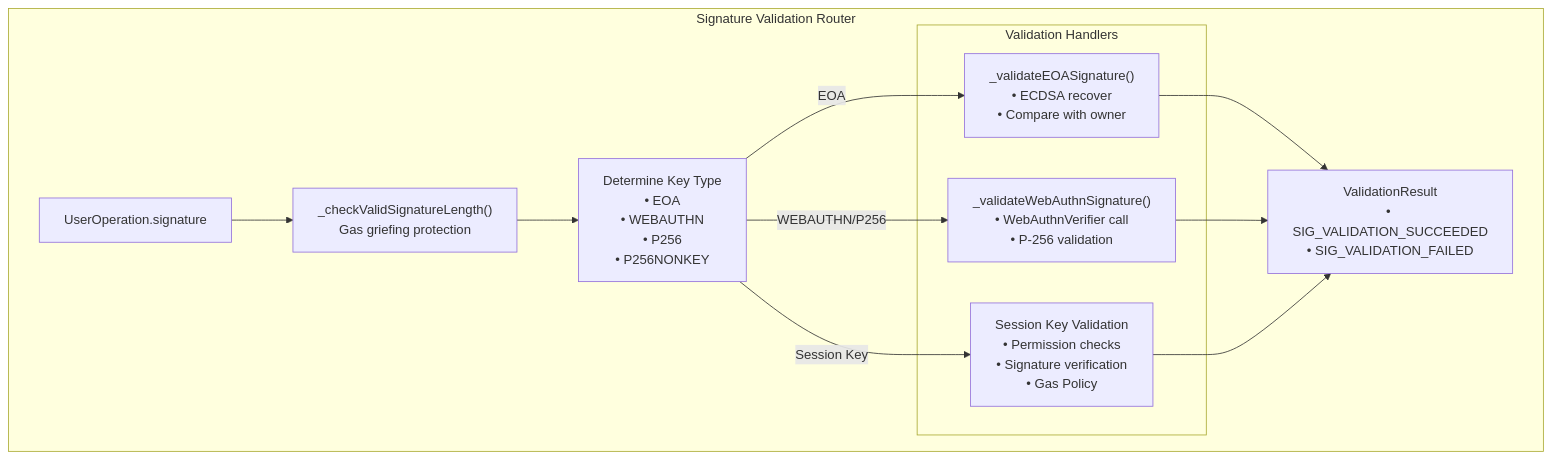
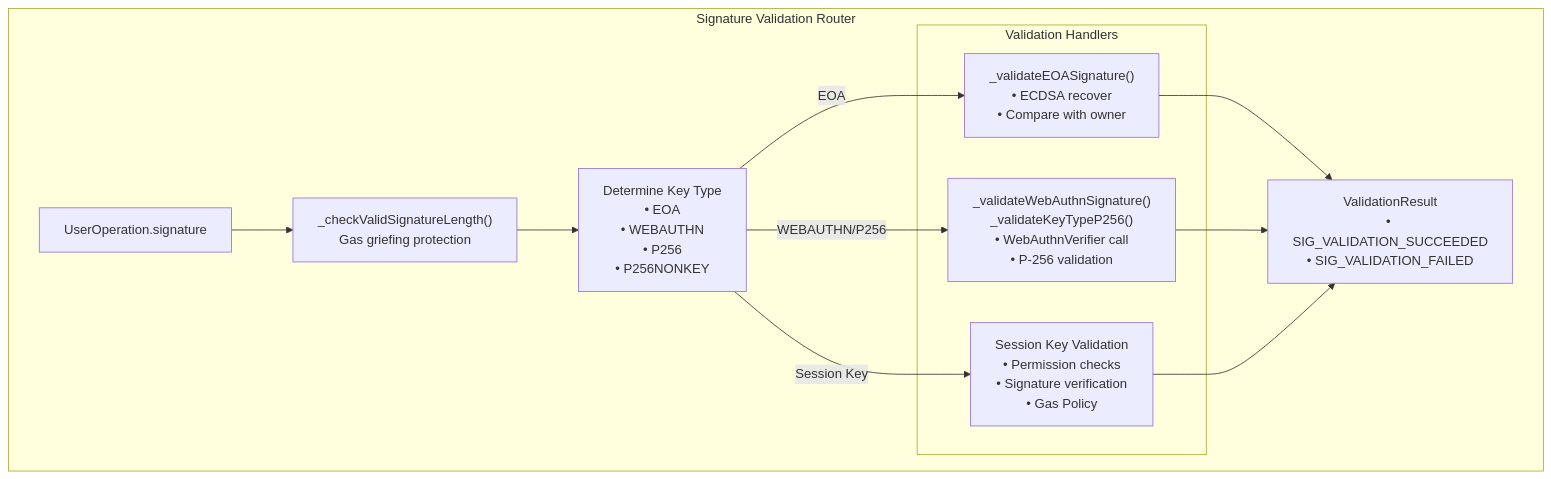
One commit to openfort-xyz/openfort-7702-account changed the third of 4 diagrams in docs/AA.md. Above: the diagram before and after it, drawn with Mermaid. The commit also changed other lines of this file, not shown here.

````diff
--- a/docs/AA.md
+++ b/docs/AA.md
@@ -90,26 +89,26 @@
 ```mermaid
 flowchart TD
     subgraph "Signature Validation Router"
         UserOpSig["UserOperation.signature"]
         SigLength["_checkValidSignatureLength()<br/>Gas griefing protection"]
         KeyType["Determine Key Type<br/>• EOA<br/>• WEBAUTHN<br/>• P256<br/>• P256NONKEY"]
         
         subgraph "Validation Handlers"
             EOAPath["_validateEOASignature()<br/>• ECDSA recover<br/>• Compare with owner"]
-            WebAuthnPath["_validateWebAuthnSignature()<br/>• WebAuthnVerifier call<br/>• P-256 validation"]
+            WebAuthnPath["_validateWebAuthnSignature()<br/>_validateKeyTypeP256()<br/>• WebAuthnVerifier call<br/>• P-256 validation"]
             SessionPath["Session Key Validation<br/>• Permission checks<br/>• Signature verification<br/>• Gas Policy"]
         end
         
         Result["ValidationResult<br/>• SIG_VALIDATION_SUCCEEDED<br/>• SIG_VALIDATION_FAILED"]
     end
 
     %% Flow connections
     UserOpSig --> SigLength
     SigLength --> KeyType
     KeyType -->|EOA| EOAPath
     KeyType -->|WEBAUTHN/P256| WebAuthnPath
     KeyType -->|Session Key| SessionPath
     EOAPath --> Result
     WebAuthnPath --> Result
     SessionPath --> Result
 ```
````
